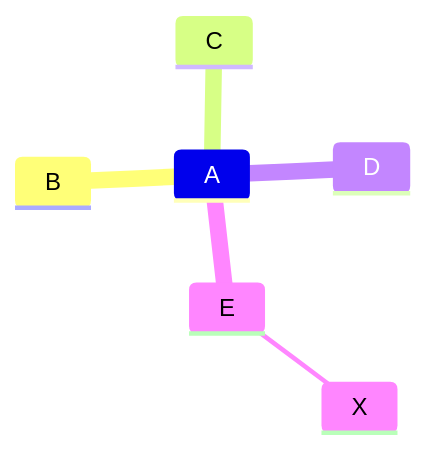
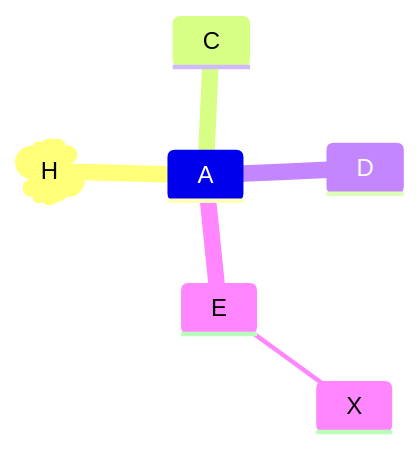
The fourth of 4 diagrams in README.md (singhanmolpreet/mermaid), drawn with Mermaid before and after one commit.

````diff
--- a/README.md
+++ b/README.md
@@ -34,9 +34,9 @@
 ``` mermaid
 mindmap
         A
-            B
+            id)H(
             C
             D
             E
                 X
 ```
````
